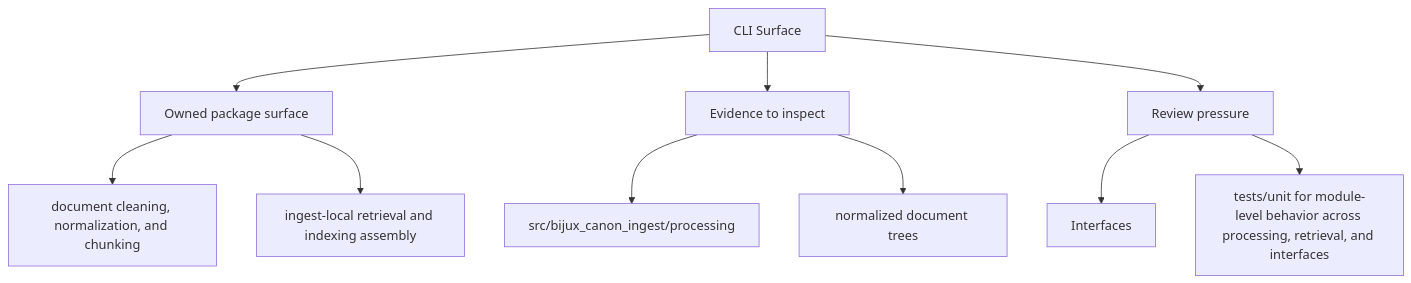
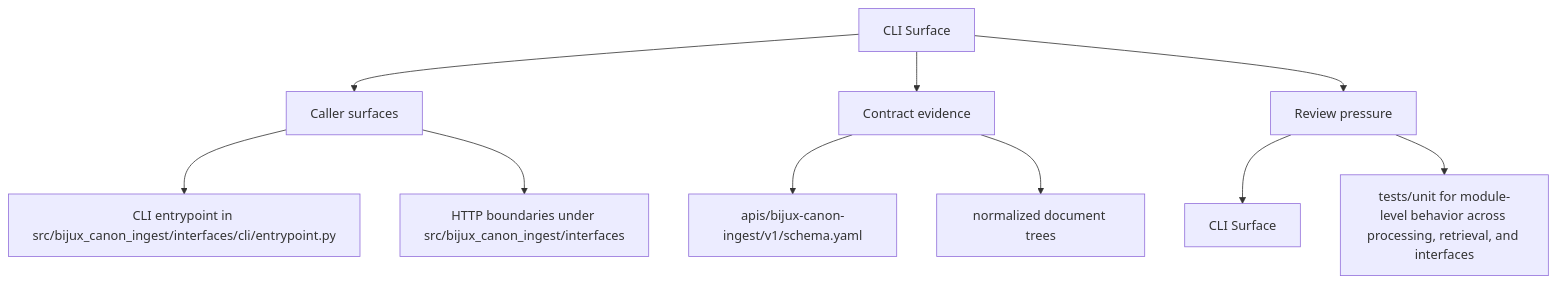
The second of 2 diagrams in docs/bijux-canon-ingest/interfaces/cli-surface.md (bijux/bijux-canon), drawn with Mermaid before and after one commit. The commit also changed other lines of this file and 250 other files, not shown here.

Commit message:
docs(diagrams): make product page maps more readable

````diff
--- a/docs/bijux-canon-ingest/interfaces/cli-surface.md
+++ b/docs/bijux-canon-ingest/interfaces/cli-surface.md
@@ -36,22 +36,22 @@
 ```mermaid
 flowchart TD
     page["CLI Surface"]
-    focus1["Owned package surface"]
+    focus1["Caller surfaces"]
     page --> focus1
-    focus1_1["document cleaning, normalization, and chunking"]
+    focus1_1["CLI entrypoint in src/bijux_canon_ingest/interfaces/cli/entrypoint.py"]
     focus1 --> focus1_1
-    focus1_2["ingest-local retrieval and indexing assembly"]
+    focus1_2["HTTP boundaries under src/bijux_canon_ingest/interfaces"]
     focus1 --> focus1_2
-    focus2["Evidence to inspect"]
+    focus2["Contract evidence"]
     page --> focus2
-    focus2_1["src/bijux_canon_ingest/processing"]
+    focus2_1["apis/bijux-canon-ingest/v1/schema.yaml"]
     focus2 --> focus2_1
     focus2_2["normalized document trees"]
     focus2 --> focus2_2
     focus3["Review pressure"]
     page --> focus3
-    focus3_1["Interfaces"]
+    focus3_1["CLI Surface"]
     focus3 --> focus3_1
     focus3_2["tests/unit for module-level behavior across processing, retrieval, and interfaces"]
     focus3 --> focus3_2
 ```
````
